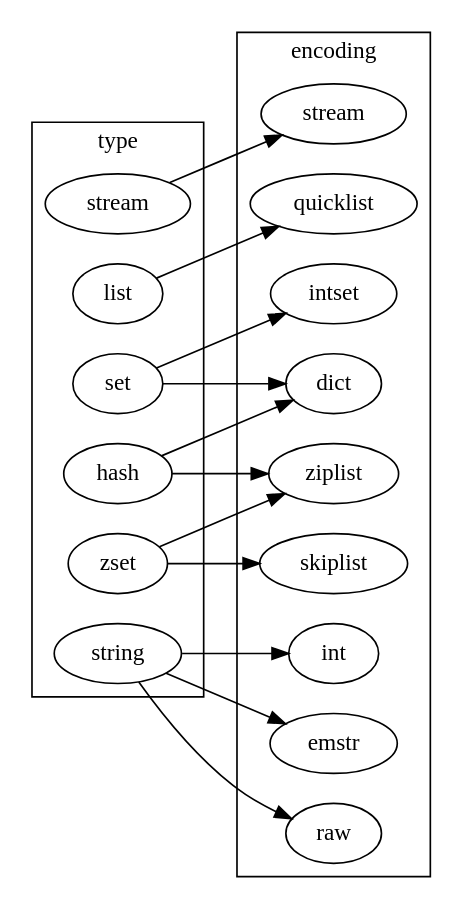
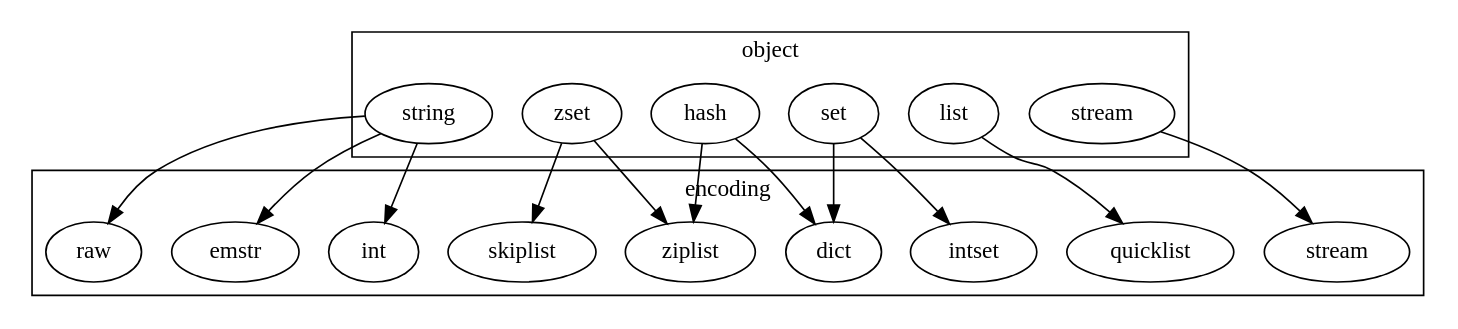
One commit to Robinpig/Note changed the diagram in docs/CS/DB/Redis/struct.md. Above: the diagram before and after it, drawn with Graphviz. The commit also changed other lines of this file and 1 other file, not shown here.

````diff
--- a/docs/CS/DB/Redis/struct.md
+++ b/docs/CS/DB/Redis/struct.md
@@ -62,39 +101,38 @@
 ```dot
 strict digraph  {
 autosize=false;
 
-rankdir=LR;
 
   subgraph cluster_Type {
-        label="type"
+        label="object"
       
         {rank="same";stream;list;set;hash;zset;string;}
   }
 
   subgraph cluster_Encoding {
       label="encoding"
       stream_encoding[label="stream"]
  
     {rank="same";quicklist;intset;dict;ziplist;skiplist;int;emstr;raw;stream_encoding;}
   }
   
  list -> quicklist;
 
  set -> intset;
  set -> dict;
  
  hash -> dict;
  hash -> ziplist;
 
  zset -> ziplist;
  zset -> skiplist; 
  
  string -> int;
  string -> emstr;
  string -> raw;
  
  stream -> stream_encoding;
   
 
 }
 ```
````
